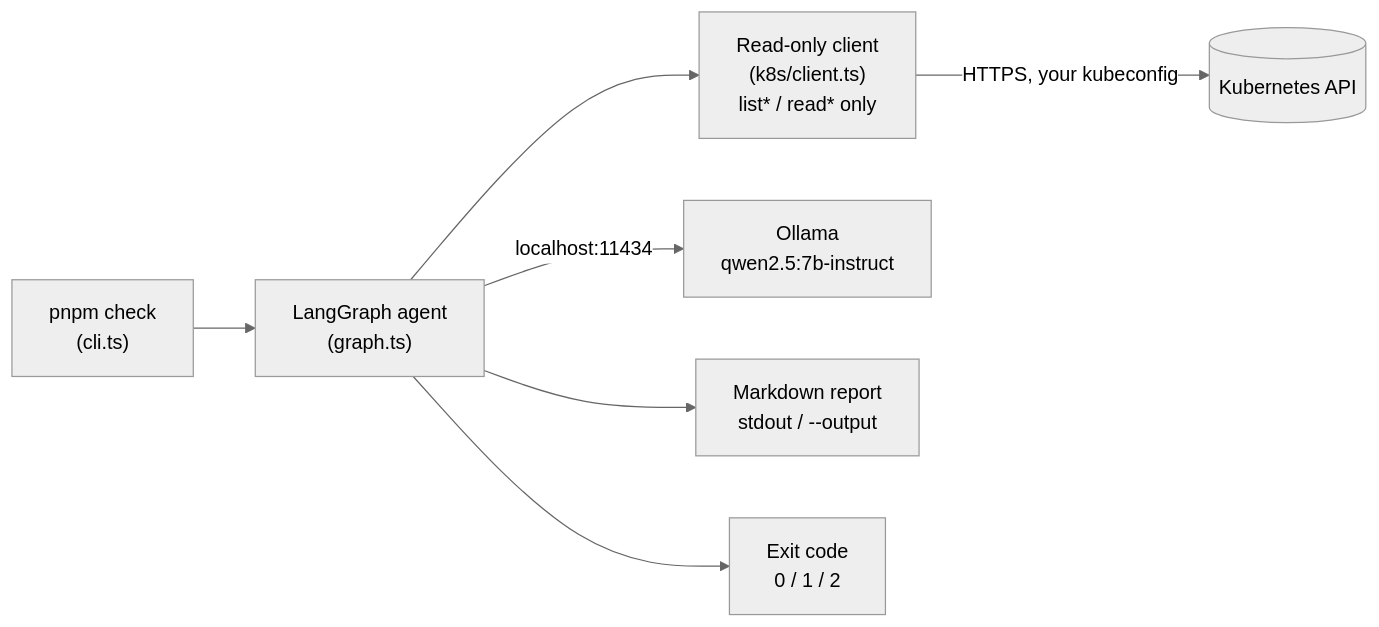
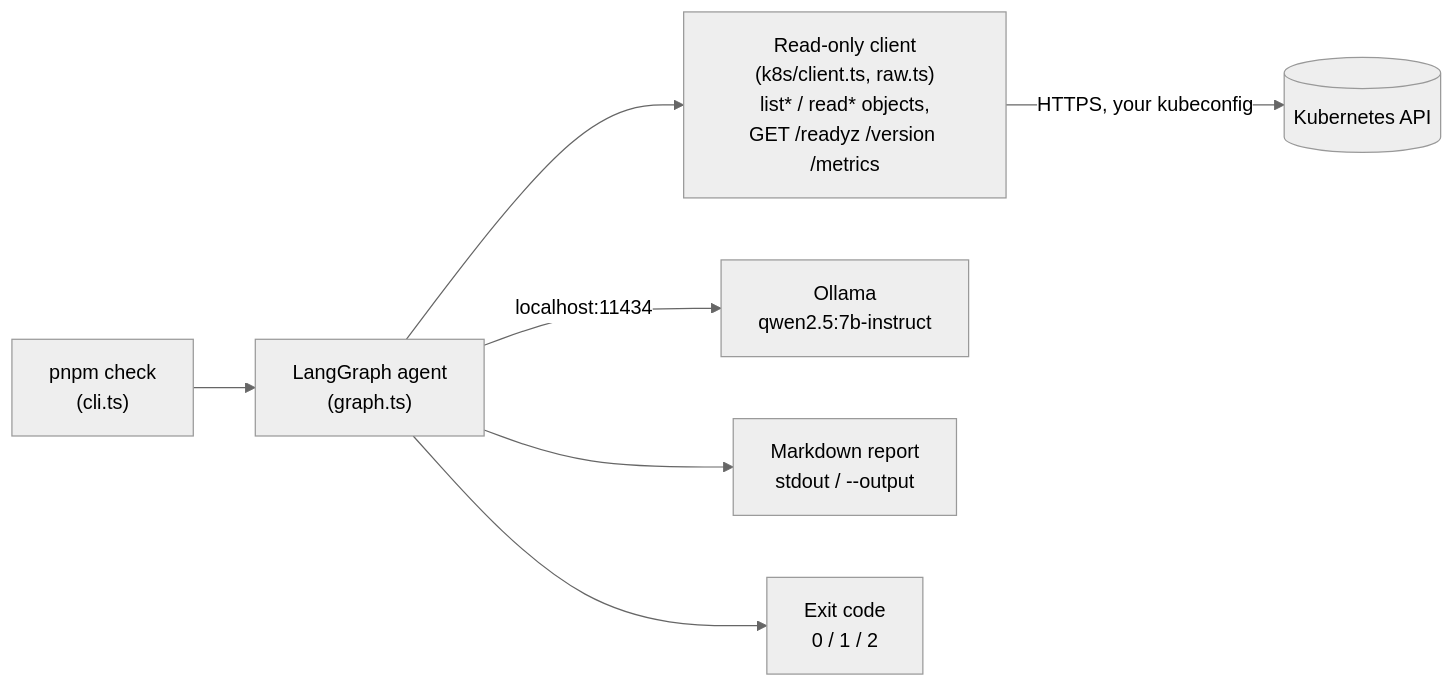
Before and after one commit to meirakrish/local-devops-agent: the first of 2 diagrams in README.md, drawn with Mermaid (neutral theme). The commit also changed other lines of this file and 22 other files, not shown here.

````diff
--- a/README.md
+++ b/README.md
@@ -70,9 +72,9 @@
 ```mermaid
 flowchart LR
     cli["pnpm check<br/>(cli.ts)"] --> lg["LangGraph agent<br/>(graph.ts)"]
-    lg --> guard["Read-only client<br/>(k8s/client.ts)<br/>list* / read* only"]
+    lg --> guard["Read-only client<br/>(k8s/client.ts, raw.ts)<br/>list* / read* objects,<br/>GET /readyz /version /metrics"]
     guard -->|"HTTPS, your kubeconfig"| k8s[("Kubernetes API")]
     lg -->|"localhost:11434"| ollama["Ollama<br/>qwen2.5:7b-instruct"]
     lg --> report["Markdown report<br/>stdout / --output"]
     lg --> exitcode["Exit code<br/>0 / 1 / 2"]
 ```
````
